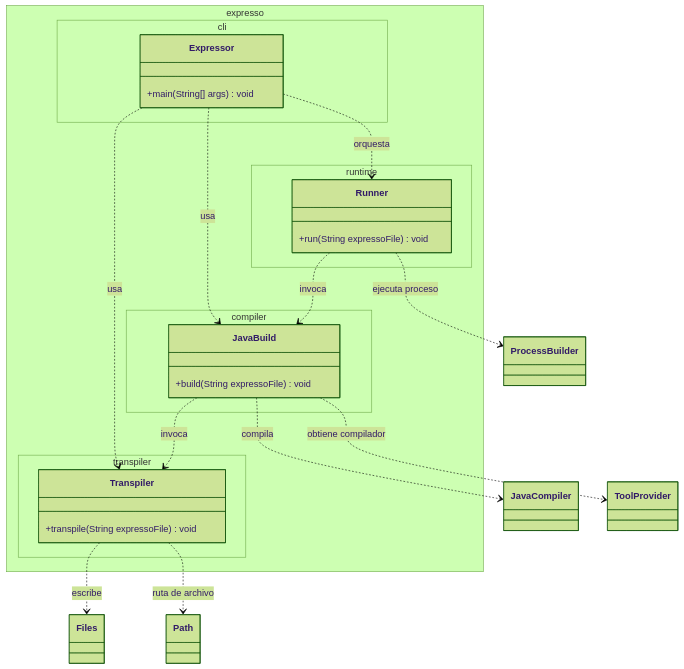
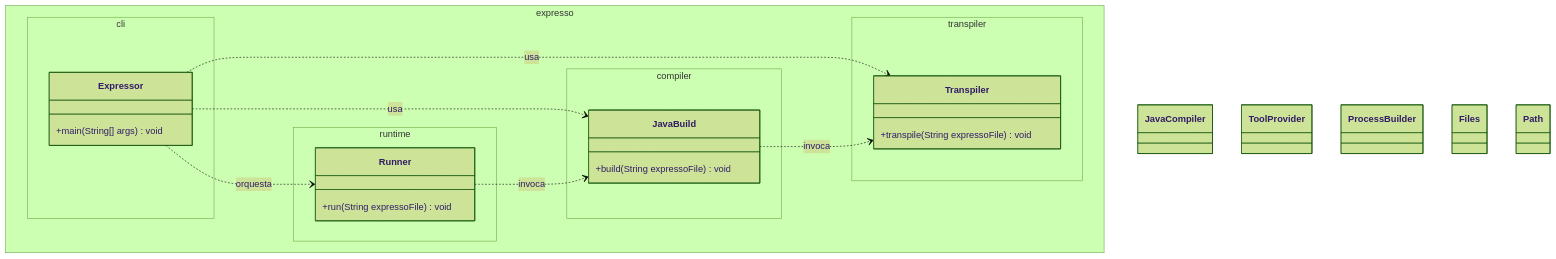
One commit to anthonyOviedo/Expresso changed the diagram in UML.mmd. Above: the diagram before and after it, drawn with Mermaid (forest theme).

Commit message:
Update UML.mmd
simplifying UML

```diff
--- a/UML.mmd
+++ b/UML.mmd
@@ -1,52 +1,46 @@
 classDiagram
 %% =======================
 %% Paquetes / namespaces
 %% =======================
 namespace expresso.cli {
   class Expressor {
     +main(String[] args) void
   }
 }
 
 namespace expresso.transpiler {
   class Transpiler {
     +transpile(String expressoFile) void
   }
 }
 
 namespace expresso.compiler {
   class JavaBuild {
     +build(String expressoFile) void
   }
 }
 
 namespace expresso.runtime {
   class Runner {
     +run(String expressoFile) void
   }
 }
 
 %% =======================
 %% Relaciones internas
 %% =======================
 Expressor ..> Transpiler : usa
 Expressor ..> JavaBuild  : usa
 Expressor ..> Runner     : orquesta
 
 JavaBuild ..> Transpiler : invoca
 Runner    ..> JavaBuild  : invoca
 
 %% =======================
 %% Dependencias externas (JDK)
 %% =======================
 class JavaCompiler
 class ToolProvider
 class ProcessBuilder
 class Files
 class Path
-
-JavaBuild ..> JavaCompiler : compila
-JavaBuild ..> ToolProvider : obtiene compilador
-Runner    ..> ProcessBuilder : ejecuta proceso
-Transpiler ..> Files : escribe
-Transpiler ..> Path  : ruta de archivo
```
